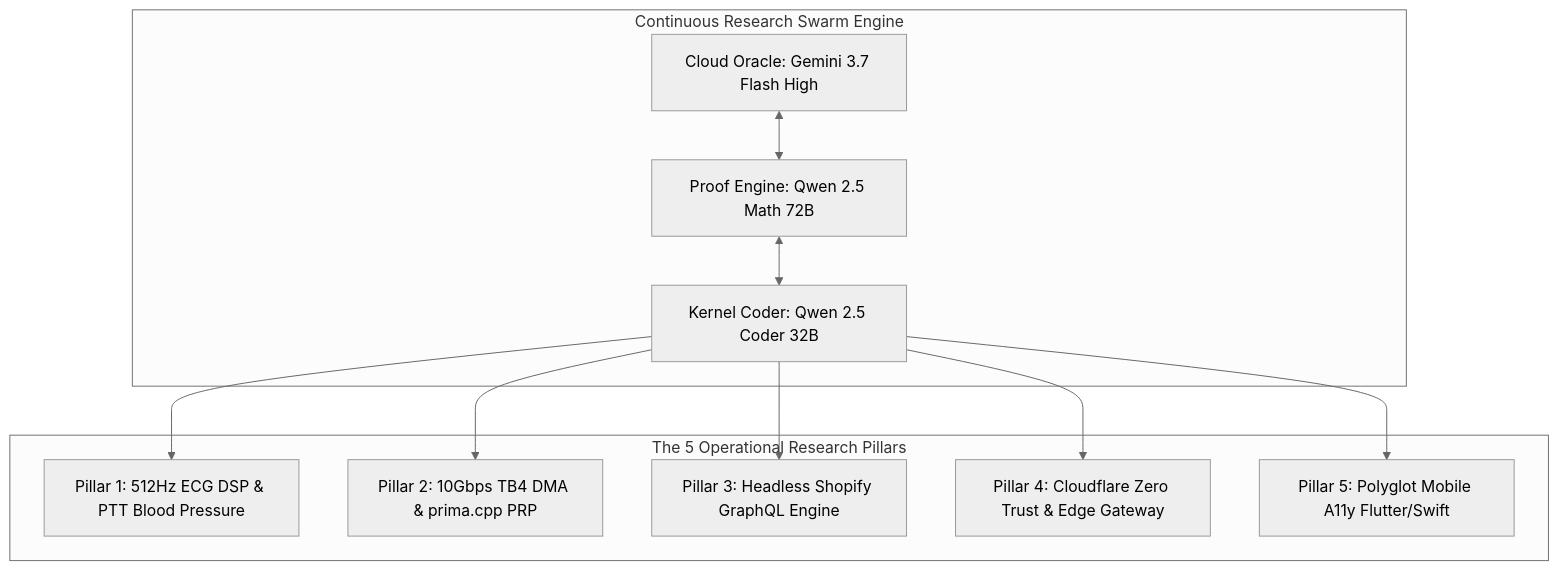
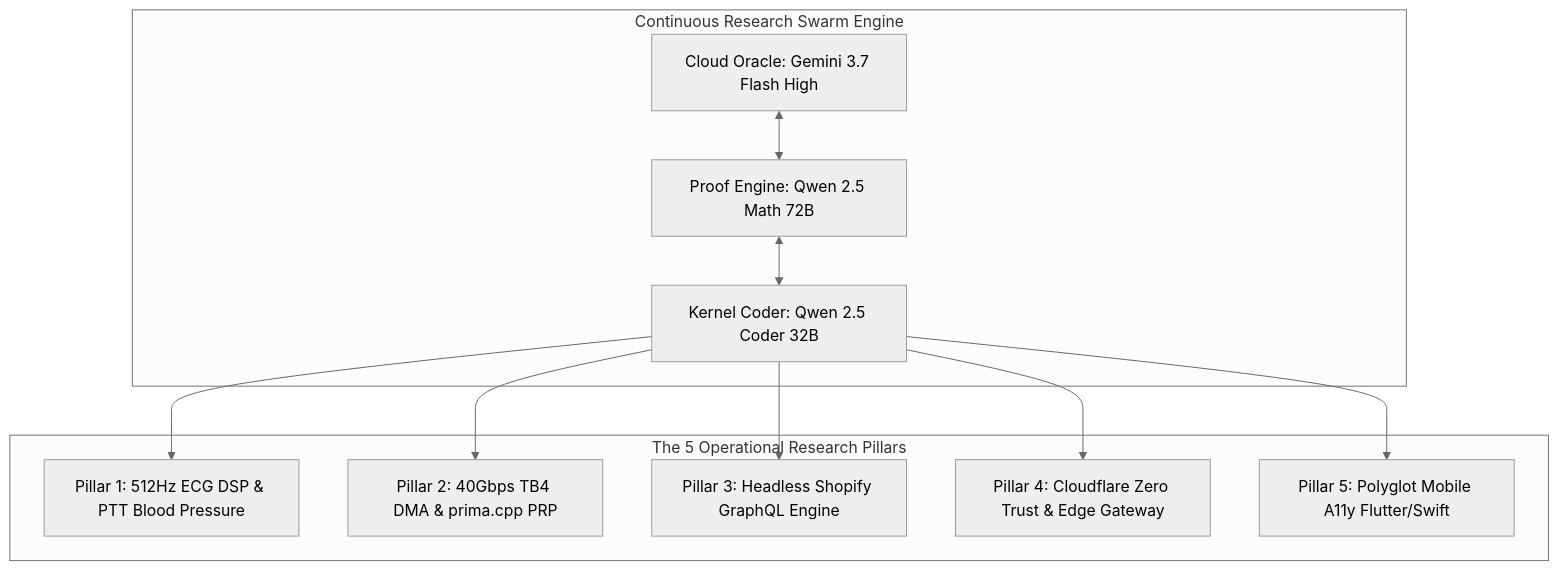
One commit to aarontmaher/Lauburu-Monorepo changed the diagram in obsidian_vault/04_ANALYTICS/DEEP_RESEARCH_SHARDING_METHODS_AND_OPERATIONAL_PILLARS_2026.md. Above: the diagram before and after it, drawn with Mermaid (neutral theme). The commit also changed other lines of this file and 7991 other files, not shown here.

````diff
--- a/obsidian_vault/04_ANALYTICS/DEEP_RESEARCH_SHARDING_METHODS_AND_OPERATIONAL_PILLARS_2026.md
+++ b/obsidian_vault/04_ANALYTICS/DEEP_RESEARCH_SHARDING_METHODS_AND_OPERATIONAL_PILLARS_2026.md
@@ -50,24 +50,24 @@
 ```mermaid
 graph TD
     subgraph Swarm_Core [Continuous Research Swarm Engine]
         Oracle[Cloud Oracle: Gemini 3.7 Flash High]
         MathEngine[Proof Engine: Qwen 2.5 Math 72B]
         Coder[Kernel Coder: Qwen 2.5 Coder 32B]
     end
 
     subgraph Pillars [The 5 Operational Research Pillars]
         P1[Pillar 1: 512Hz ECG DSP & PTT Blood Pressure]
-        P2[Pillar 2: 10Gbps TB4 DMA & prima.cpp PRP]
+        P2[Pillar 2: 40Gbps TB4 DMA & prima.cpp PRP]
         P3[Pillar 3: Headless Shopify GraphQL Engine]
         P4[Pillar 4: Cloudflare Zero Trust & Edge Gateway]
         P5[Pillar 5: Polyglot Mobile A11y Flutter/Swift]
     end
 
     Oracle <--> MathEngine
     MathEngine <--> Coder
     Coder --> P1
     Coder --> P2
     Coder --> P3
     Coder --> P4
     Coder --> P5
 ```
````
